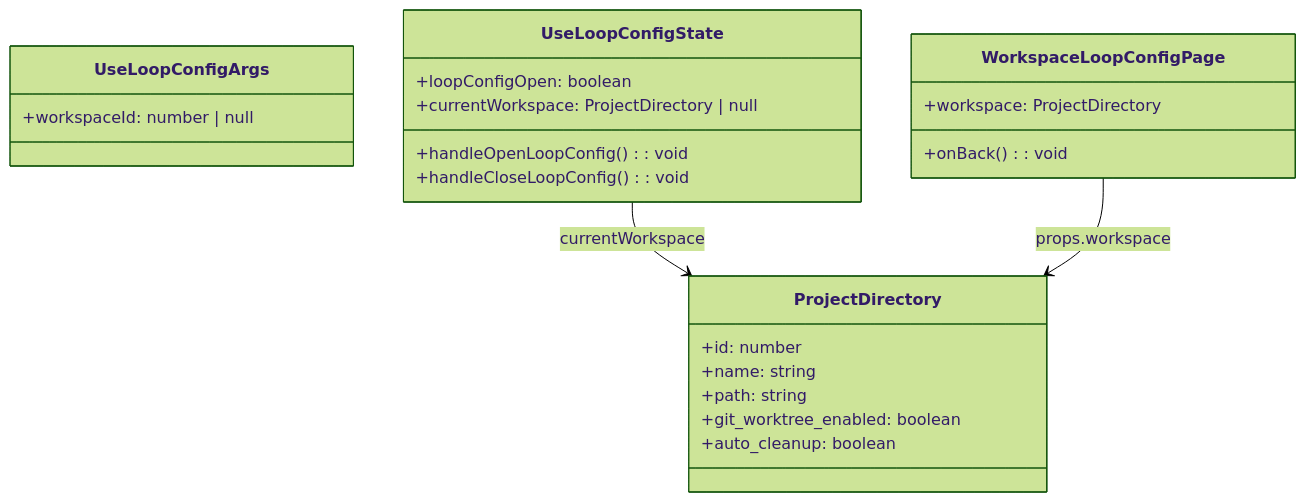
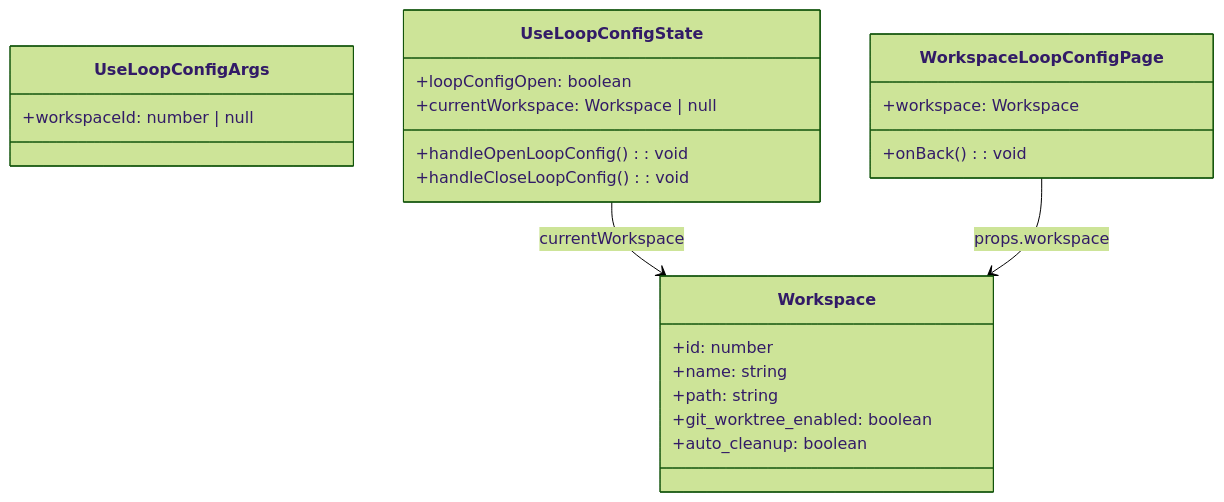
Before and after one commit to weibaohui/ntd: the third of 4 diagrams in frontend/src/help/pages/loop-list-open-config.md, drawn with Mermaid (forest theme). The commit also changed other lines of this file and 122 other files, not shown here.

First line of the commit message:
refactor(104): 工作空间命名统一——project_directory 全套改为 workspace (#1054)

````diff
--- a/frontend/src/help/pages/loop-list-open-config.md
+++ b/frontend/src/help/pages/loop-list-open-config.md
@@ -39,25 +39,25 @@
 ```mermaid
 classDiagram
   class UseLoopConfigArgs {
     +workspaceId: number | null
   }
   class UseLoopConfigState {
     +loopConfigOpen: boolean
-    +currentWorkspace: ProjectDirectory | null
+    +currentWorkspace: Workspace | null
     +handleOpenLoopConfig(): void
     +handleCloseLoopConfig(): void
   }
-  class ProjectDirectory {
+  class Workspace {
     +id: number
     +name: string
     +path: string
     +git_worktree_enabled: boolean
     +auto_cleanup: boolean
   }
   class WorkspaceLoopConfigPage {
-    +workspace: ProjectDirectory
+    +workspace: Workspace
     +onBack(): void
   }
-  UseLoopConfigState --> ProjectDirectory : currentWorkspace
-  WorkspaceLoopConfigPage --> ProjectDirectory : props.workspace
+  UseLoopConfigState --> Workspace : currentWorkspace
+  WorkspaceLoopConfigPage --> Workspace : props.workspace
 ```
````
